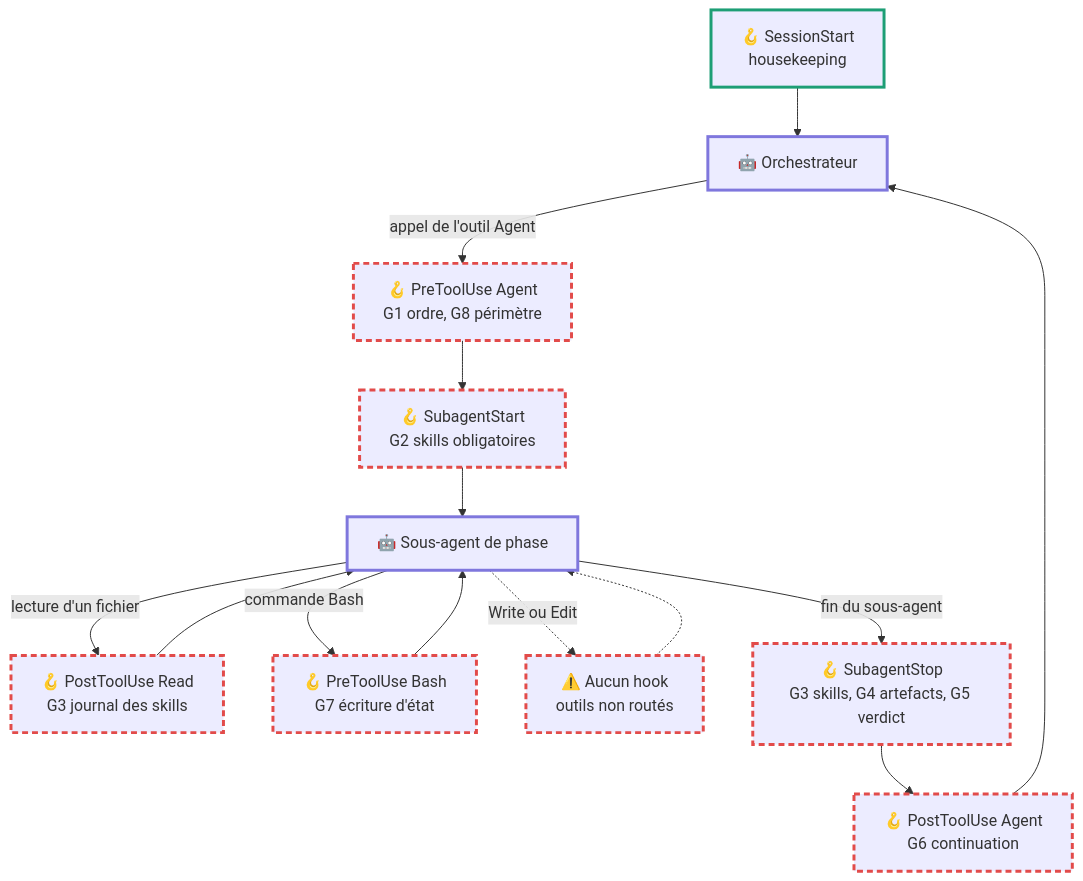
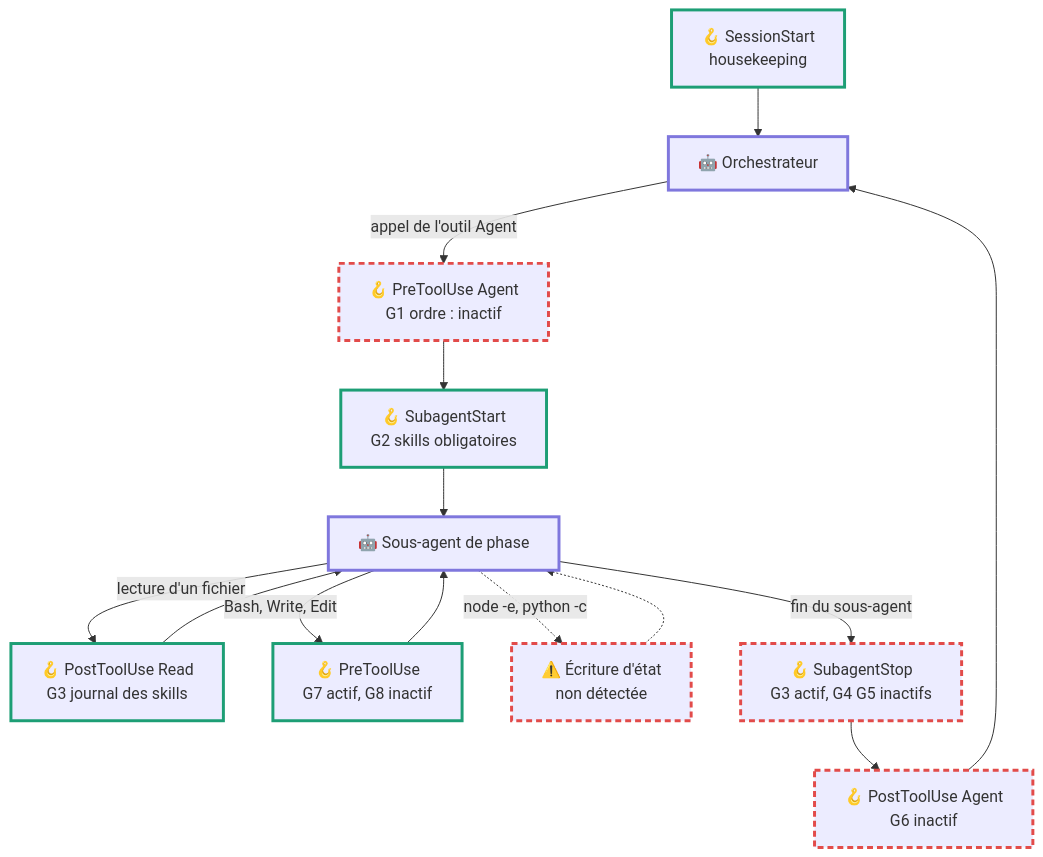
One commit to freecompub/AgentStudio changed the second of 12 diagrams in docs/04-skraft-pas-a-pas-fragilites-ameliorations.md. Above: the diagram before and after it, drawn with Mermaid. The commit also changed other lines of this file and 7 other files, not shown here.

````diff
--- a/docs/04-skraft-pas-a-pas-fragilites-ameliorations.md
+++ b/docs/04-skraft-pas-a-pas-fragilites-ameliorations.md
@@ -105,22 +122,22 @@
 ```mermaid
 flowchart TD
   classDef llm stroke:#7F77DD,stroke-width:3px
   classDef det stroke:#1D9E75,stroke-width:3px
   classDef faible stroke:#E24B4A,stroke-width:3px,stroke-dasharray:6 4
   H0["🪝 SessionStart<br/>housekeeping"] --> O["🤖 Orchestrateur"]
-  O -->|appel de l'outil Agent| H1["🪝 PreToolUse Agent<br/>G1 ordre, G8 périmètre"]
+  O -->|appel de l'outil Agent| H1["🪝 PreToolUse Agent<br/>G1 ordre : inactif"]
   H1 --> H2["🪝 SubagentStart<br/>G2 skills obligatoires"]
   H2 --> A["🤖 Sous-agent de phase"]
   A -->|lecture d'un fichier| H3["🪝 PostToolUse Read<br/>G3 journal des skills"]
   H3 --> A
-  A -->|commande Bash| H4["🪝 PreToolUse Bash<br/>G7 écriture d'état"]
+  A -->|Bash, Write, Edit| H4["🪝 PreToolUse<br/>G7 actif, G8 inactif"]
   H4 --> A
-  A -.->|Write ou Edit| W["⚠️ Aucun hook<br/>outils non routés"]
+  A -.->|node -e, python -c| W["⚠️ Écriture d'état<br/>non détectée"]
   W -.-> A
-  A -->|fin du sous-agent| H5["🪝 SubagentStop<br/>G3 skills, G4 artefacts, G5 verdict"]
-  H5 --> H6["🪝 PostToolUse Agent<br/>G6 continuation"]
+  A -->|fin du sous-agent| H5["🪝 SubagentStop<br/>G3 actif, G4 G5 inactifs"]
+  H5 --> H6["🪝 PostToolUse Agent<br/>G6 inactif"]
   H6 --> O
   class O,A llm
-  class H0 det
-  class H1,H2,H3,H4,H5,H6,W faible
+  class H0,H2,H3,H4 det
+  class H1,H5,H6,W faible
 ```
````
